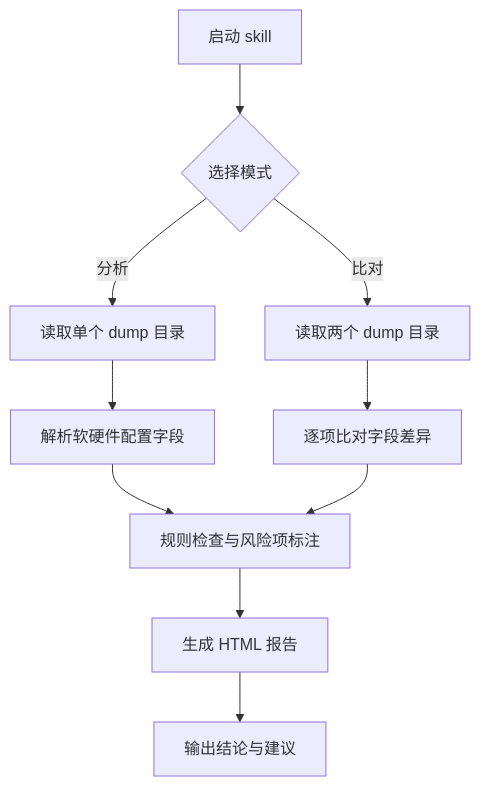
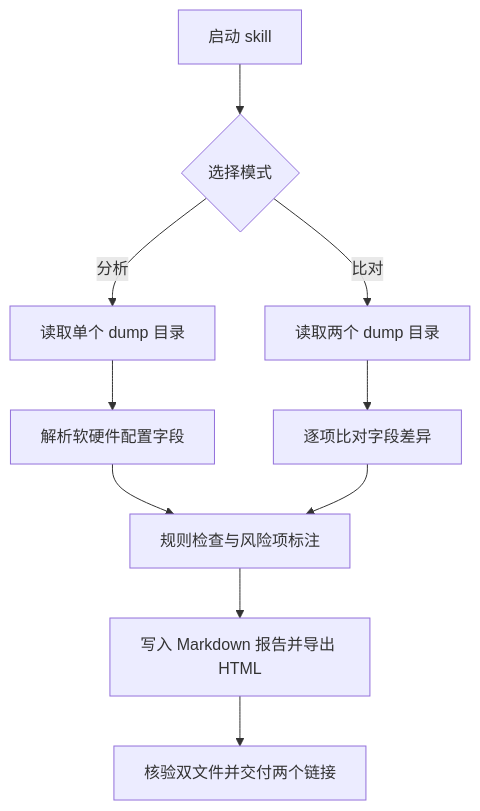
The diagram in ascend-dump-analyzer/README.md (hu669293657/skills), drawn with Mermaid before and after one commit. The commit also changed other lines of this file and 4 other files, not shown here.

Commit message:
Add paired Markdown and HTML reports to ascend-dump-analyzer

````diff
--- a/ascend-dump-analyzer/README.md
+++ b/ascend-dump-analyzer/README.md
@@ -34,12 +37,12 @@
 ```mermaid
 flowchart TD
     A[启动 skill] --> B{选择模式}
     B -->|分析| C[读取单个 dump 目录]
     B -->|比对| D[读取两个 dump 目录]
     C --> E[解析软硬件配置字段]
     D --> F[逐项比对字段差异]
     E --> G[规则检查与风险项标注]
     F --> G
-    G --> H[生成 HTML 报告]
-    H --> I[输出结论与建议]
+    G --> H[写入 Markdown 报告并导出 HTML]
+    H --> I[核验双文件并交付两个链接]
 ```
````
